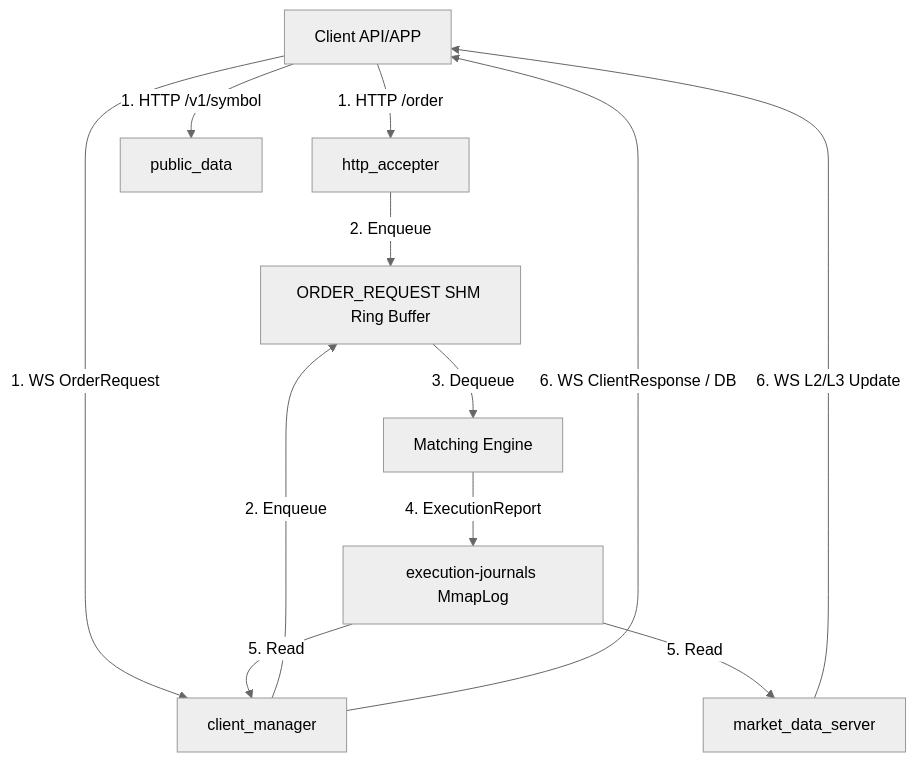
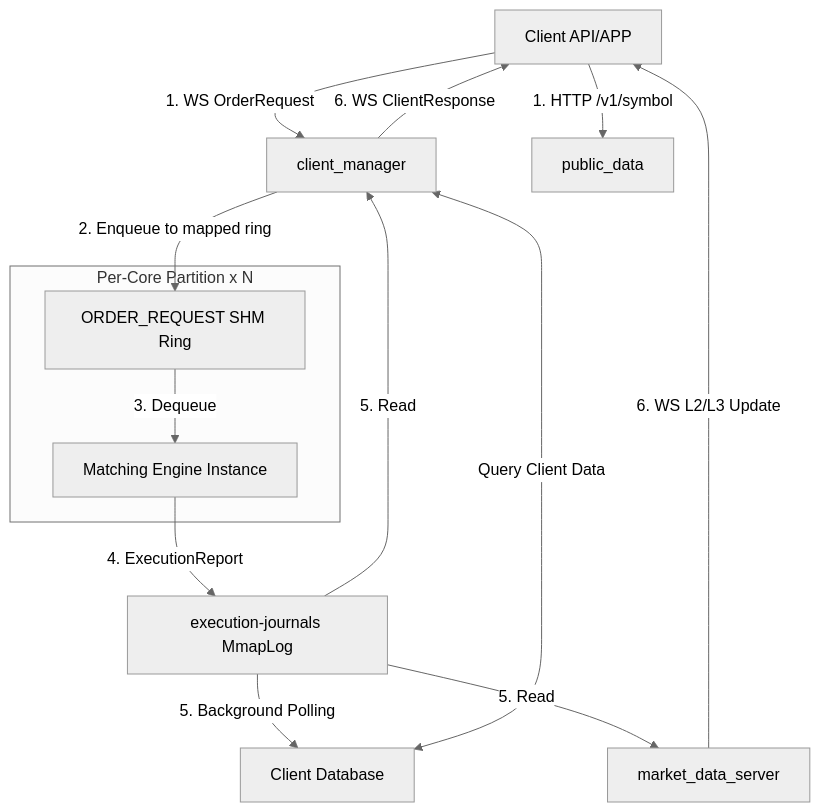
One commit to harvey-euph/Electronic-Exchange-Simulator changed the second of 4 diagrams in README.md. Above: the diagram before and after it, drawn with Mermaid (neutral theme). The commit also changed other lines of this file, not shown here.

Commit message:
docs: update README to reflect multi-core ME architecture and async DB polling

````diff
--- a/README.md
+++ b/README.md
@@ -61,18 +61,22 @@
 ```mermaid
 graph TD
-    Client[Client API/APP] -->|1. HTTP /order| HTTP[http_accepter]
-    Client -->|1. WS OrderRequest| CM[client_manager]
+    Client[Client API/APP] -->|1. WS OrderRequest| CM[client_manager]
     Client -->|1. HTTP /v1/symbol| PD[public_data]
     
-    HTTP -->|2. Enqueue| RB_REQ[ORDER_REQUEST SHM Ring Buffer]
-    CM -->|2. Enqueue| RB_REQ
+    subgraph Core[Per-Core Partition x N]
+        RB_REQ[ORDER_REQUEST SHM Ring] -->|3. Dequeue| OC[Matching Engine Instance]
+    end
     
-    RB_REQ -->|3. Dequeue| OC[Matching Engine]
+    CM -->|2. Enqueue to mapped ring| RB_REQ
+    
     OC -->|4. ExecutionReport| MMAP_LOG[execution-journals MmapLog]
     
     MMAP_LOG -->|5. Read| CM
-    CM -->|6. WS ClientResponse / DB| Client
+    CM -->|6. WS ClientResponse| Client
+    
+    MMAP_LOG -->|5. Background Polling| DB[Client Database]
+    CM <-->|Query Client Data| DB
     
     MMAP_LOG -->|5. Read| MDS[market_data_server]
     MDS -->|6. WS L2/L3 Update| Client
 ```
````
